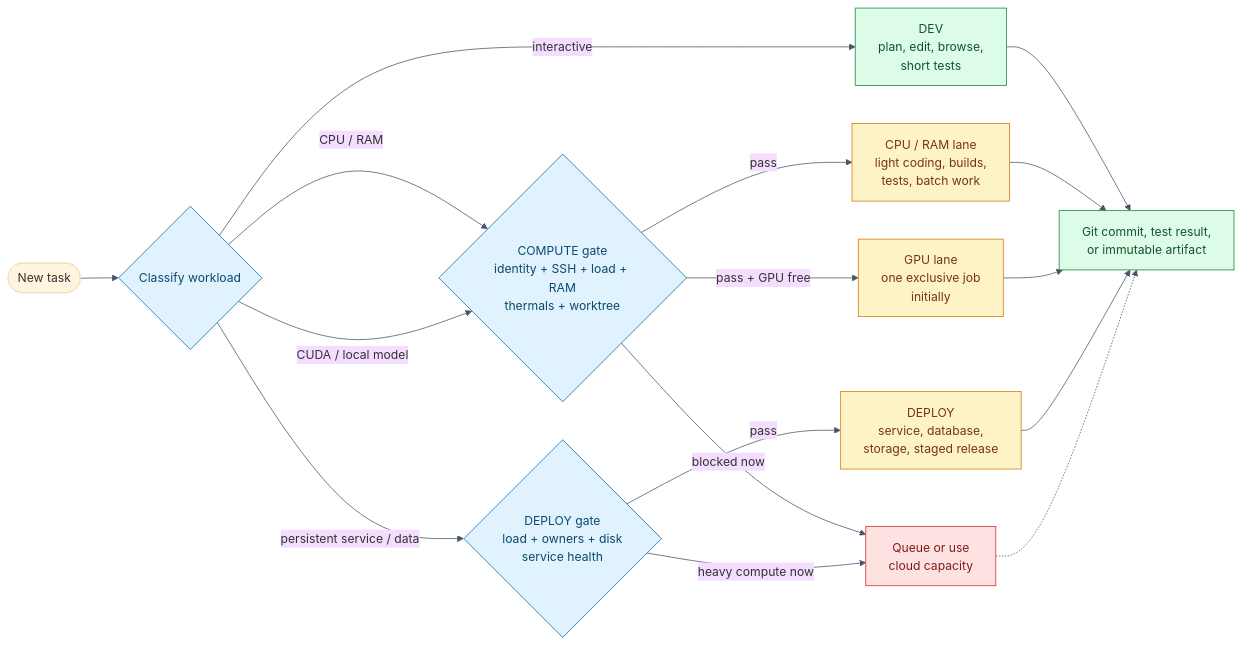
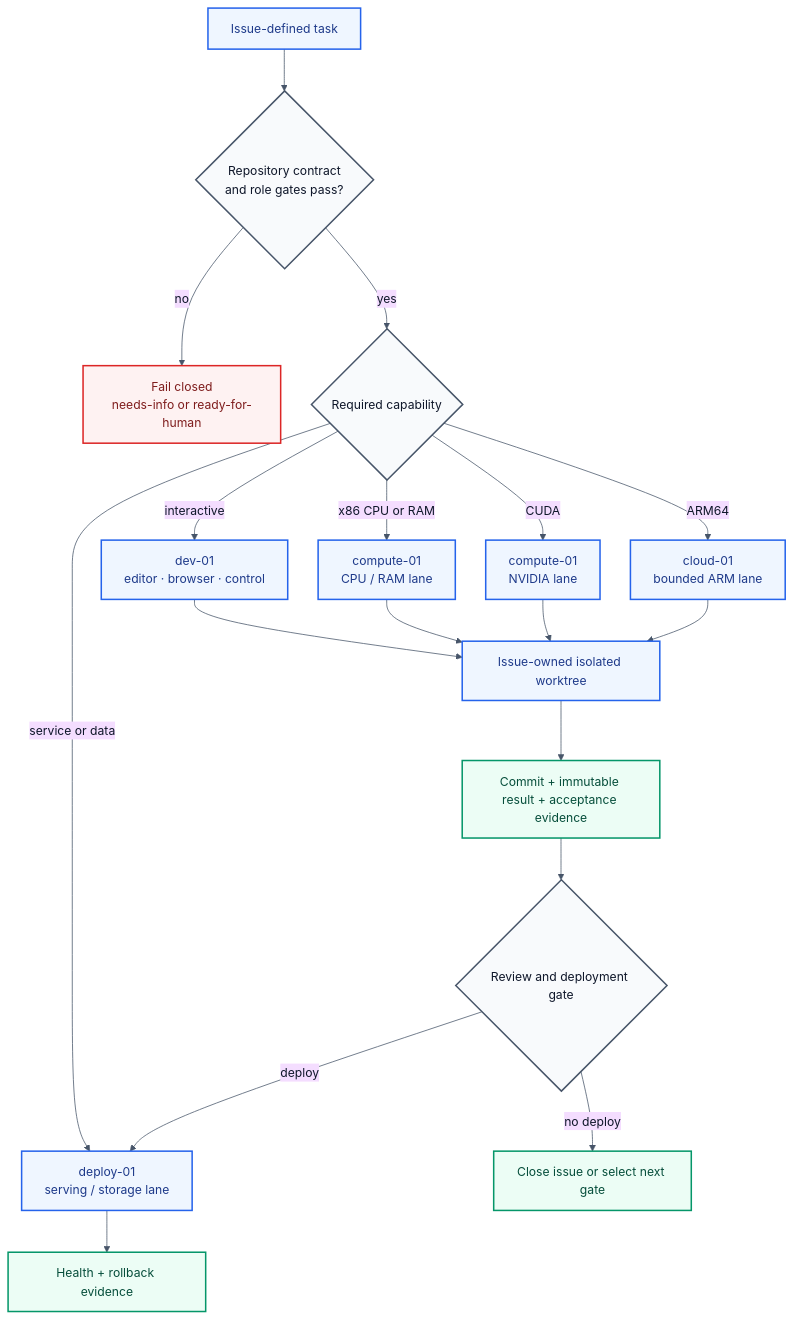
One commit to Kitkitkittt/heterogeneous-compute-fabric changed the diagram in docs/diagrams/workload-routing.mmd. Above: the diagram before and after it, drawn with Mermaid. The commit also changed 27 other files, not shown here.

```diff
--- a/docs/diagrams/workload-routing.mmd
+++ b/docs/diagrams/workload-routing.mmd
@@ -1,30 +1,30 @@
-%%{init: {"theme":"base","themeVariables":{"background":"#ffffff","fontFamily":"Arial, sans-serif","lineColor":"#475569"}}}%%
-flowchart LR
-  Start(["New task"]) --> Classify{"Classify workload"}
+%%{init: {"theme": "base", "themeVariables": {"fontFamily": "Inter, Segoe UI, sans-serif", "primaryTextColor": "#0f172a", "lineColor": "#475569"}, "flowchart": {"curve": "basis", "nodeSpacing": 40, "rankSpacing": 55}}}%%
+flowchart TB
+    Task["Issue-defined task"] --> Contract{"Repository contract<br/>and role gates pass?"}
+    Contract -- no --> Blocked["Fail closed<br/>needs-info or ready-for-human"]
+    Contract -- yes --> Kind{"Required capability"}
 
-  Classify -->|"interactive"| Dev["DEV<br/>plan, edit, browse,<br/>short tests"]
-  Classify -->|"CPU / RAM"| ComputeGate{"COMPUTE gate<br/>identity + SSH + load + RAM<br/>thermals + worktree"}
-  Classify -->|"CUDA / local model"| ComputeGate
-  Classify -->|"persistent service / data"| DeployGate{"DEPLOY gate<br/>load + owners + disk<br/>service health"}
+    Kind -- interactive --> Dev["dev-01<br/>editor · browser · control"]
+    Kind -- x86 CPU or RAM --> ComputeCPU["compute-01<br/>CPU / RAM lane"]
+    Kind -- CUDA --> ComputeGPU["compute-01<br/>NVIDIA lane"]
+    Kind -- ARM64 --> Cloud["cloud-01<br/>bounded ARM lane"]
+    Kind -- service or data --> Deploy["deploy-01<br/>serving / storage lane"]
 
-  ComputeGate -->|"pass"| CPULane["CPU / RAM lane<br/>light coding, builds,<br/>tests, batch work"]
-  ComputeGate -->|"pass + GPU free"| GPULane["GPU lane<br/>one exclusive job<br/>initially"]
-  ComputeGate -->|"blocked now"| Queue["Queue or use<br/>cloud capacity"]
+    Dev --> Worktree["Issue-owned isolated worktree"]
+    ComputeCPU --> Worktree
+    ComputeGPU --> Worktree
+    Cloud --> Worktree
+    Worktree --> Result["Commit + immutable result + acceptance evidence"]
+    Result --> Review{"Review and deployment gate"}
+    Review -- deploy --> Deploy
+    Review -- no deploy --> Done["Close issue or select next gate"]
+    Deploy --> Health["Health + rollback evidence"]
 
-  DeployGate -->|"pass"| Deploy["DEPLOY<br/>service, database,<br/>storage, staged release"]
-  DeployGate -->|"heavy compute now"| Queue
-
-  Dev --> Result["Git commit, test result,<br/>or immutable artifact"]
-  CPULane --> Result
-  GPULane --> Result
-  Deploy --> Result
-  Queue -.-> Result
-
-  classDef good fill:#dcfce7,stroke:#15803d,color:#14532d
-  classDef warn fill:#fef3c7,stroke:#d97706,color:#78350f
-  classDef blocked fill:#fee2e2,stroke:#dc2626,color:#7f1d1d
-  classDef decision fill:#e0f2fe,stroke:#0369a1,color:#0c4a6e
-  class Dev,Result good
-  class CPULane,GPULane,Deploy warn
-  class Queue blocked
-  class Classify,ComputeGate,DeployGate decision
+    classDef decision fill:#f8fafc,stroke:#475569,color:#0f172a,stroke-width:2px;
+    classDef blocked fill:#fef2f2,stroke:#dc2626,color:#7f1d1d,stroke-width:2px;
+    classDef node fill:#eff6ff,stroke:#2563eb,color:#1e3a8a,stroke-width:2px;
+    classDef evidence fill:#ecfdf5,stroke:#059669,color:#064e3b,stroke-width:2px;
+    class Contract,Kind,Review decision;
+    class Blocked blocked;
+    class Dev,ComputeCPU,ComputeGPU,Cloud,Deploy node;
+    class Result,Health,Done evidence;
```
